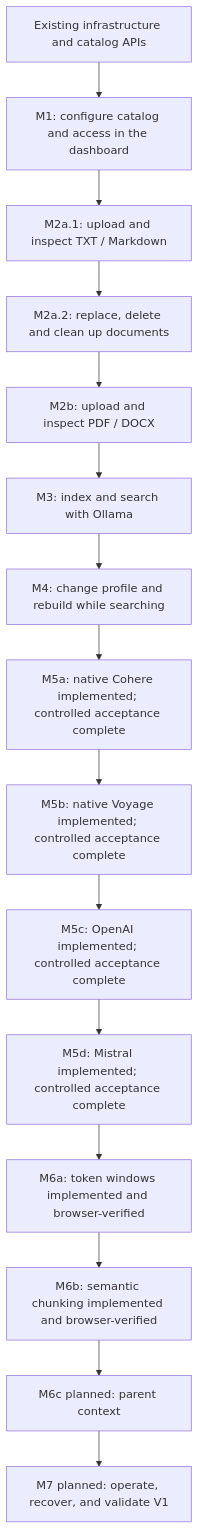
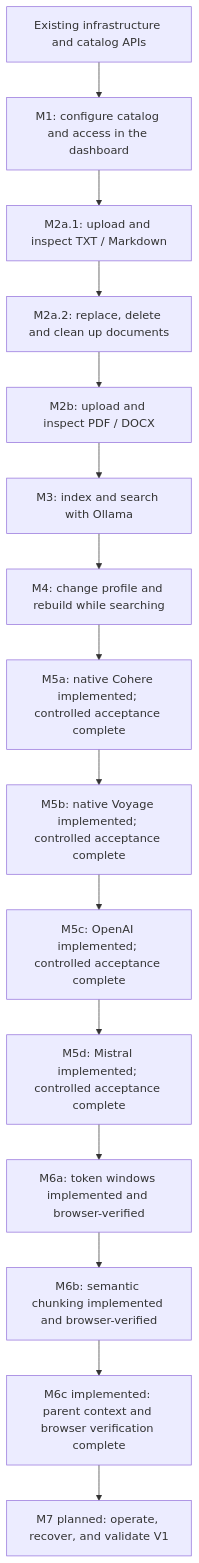
Before and after one commit to SimonLoir/vectorix: the fifth of 5 diagrams in docs/rag-implementation-plan.md, drawn with Mermaid. The commit also changed other lines of this file and 68 other files, not shown here.

Commit message:
feat(rag): add versioned parent context and child-ranked search

````diff
--- a/docs/rag-implementation-plan.md
+++ b/docs/rag-implementation-plan.md
@@ -256,17 +264,17 @@
 ```mermaid
 flowchart TD
     BASE["Existing infrastructure and catalog APIs"] --> M1["M1: configure catalog and access in the dashboard"]
     M1 --> M2A["M2a.1: upload and inspect TXT / Markdown"]
     M2A --> M2A2["M2a.2: replace, delete and clean up documents"]
     M2A2 --> M2B["M2b: upload and inspect PDF / DOCX"]
     M2B --> M3["M3: index and search with Ollama"]
     M3 --> M4["M4: change profile and rebuild while searching"]
     M4 --> M5A["M5a: native Cohere implemented; controlled acceptance complete"]
     M5A --> M5B["M5b: native Voyage implemented; controlled acceptance complete"]
     M5B --> M5C["M5c: OpenAI implemented; controlled acceptance complete"]
     M5C --> M5D["M5d: Mistral implemented; controlled acceptance complete"]
     M5D --> M6A["M6a: token windows implemented and browser-verified"]
     M6A --> M6B["M6b: semantic chunking implemented and browser-verified"]
-    M6B --> M6C["M6c planned: parent context"]
+    M6B --> M6C["M6c implemented: parent context and browser verification complete"]
     M6C --> M7["M7 planned: operate, recover, and validate V1"]
 ```
````
